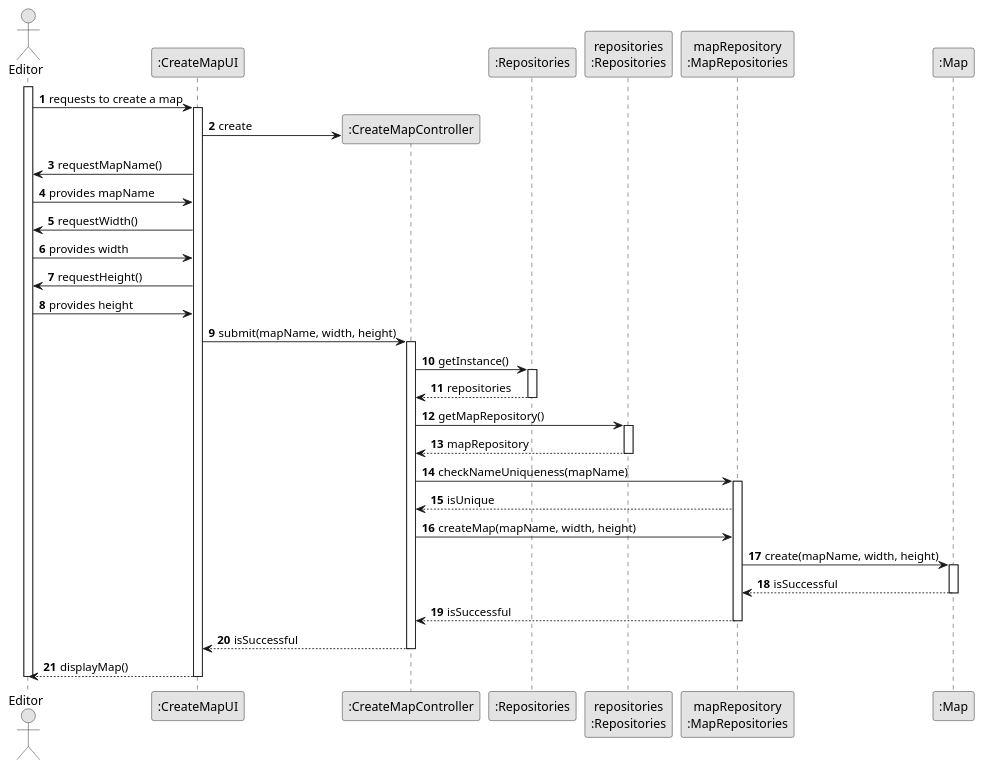
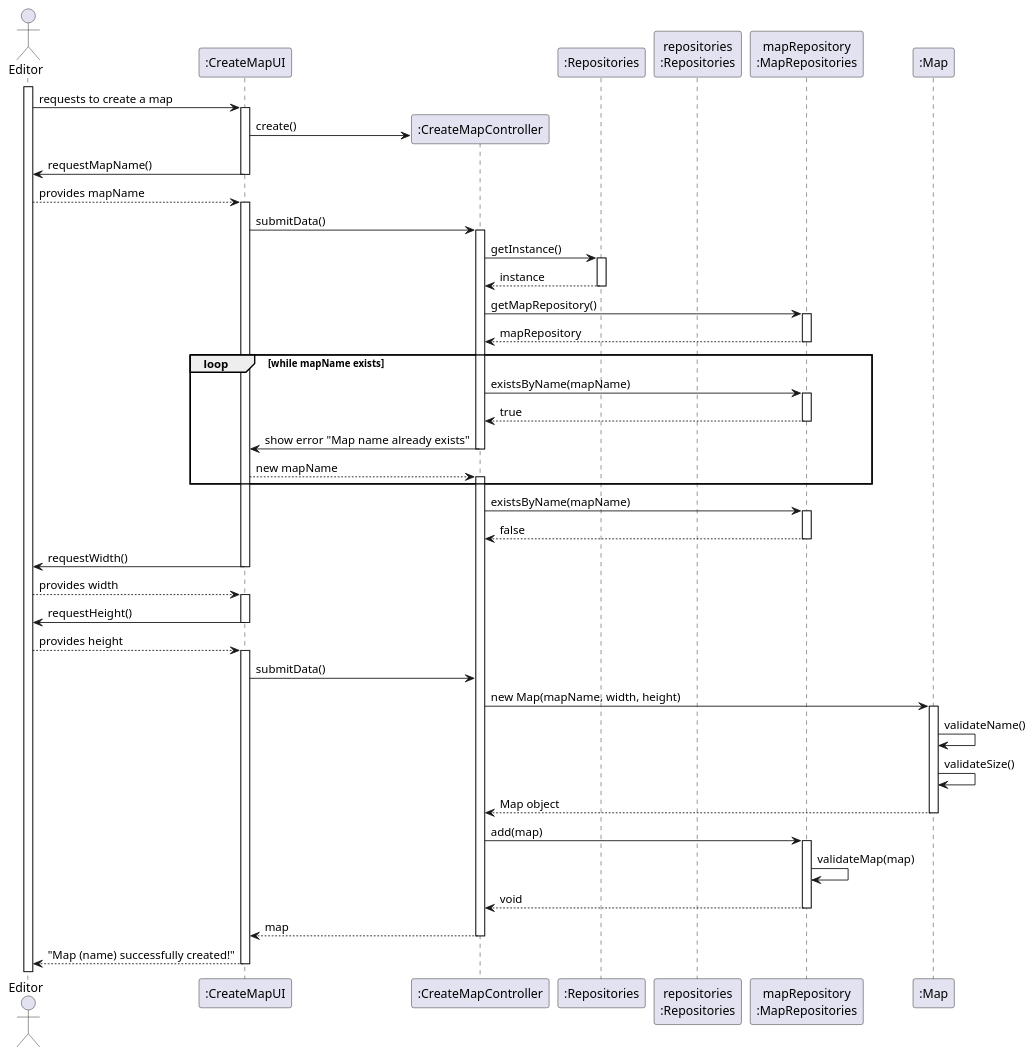
The diagram in docs/sprint2/us001/03.design/puml/us001-sequence-diagram.puml (ivasduarte/all-aboard), drawn with PlantUML before and after one commit. The commit also changed 1 other file, not shown here.

```diff
--- a/docs/sprint2/us001/03.design/puml/us001-sequence-diagram.puml
+++ b/docs/sprint2/us001/03.design/puml/us001-sequence-diagram.puml
@@ -1,61 +1,93 @@
 @startuml
-skinparam monochrome true
-skinparam packageStyle rectangle
-skinparam shadowing false
+actor Editor
 
-autonumber
+participant ":CreateMapUI" as UI
 
-actor "Editor" as Editor
-participant ":CreateMapUI" as UI
-participant ":CreateMapController" as ctrl
+activate Editor
+Editor -> UI : requests to create a map
+
+create ":CreateMapController" as ctrl
+
+activate UI
+UI -> ctrl : create()
+
 participant ":Repositories" as reps
 participant "repositories\n:Repositories" as repositories
 participant "mapRepository\n:MapRepositories" as repo
 participant ":Map" as Map
 
-activate Editor
+UI -> Editor : requestMapName()
+deactivate UI
 
-Editor -> UI : requests to create a map
+Editor --> UI : provides mapName
 activate UI
-UI -> ctrl** : create
-UI -> Editor : requestMapName()
-Editor -> UI : provides mapName
-UI -> Editor : requestWidth()
-Editor -> UI : provides width
-UI -> Editor : requestHeight()
-Editor -> UI : provides height
-UI -> ctrl : submit(mapName, width, height)
+
+UI -> ctrl : submitData()
 activate ctrl
 
 ctrl -> reps : getInstance()
 activate reps
-reps --> ctrl : repositories
+
+reps --> ctrl : instance
 deactivate reps
 
-ctrl -> repositories : getMapRepository()
-activate repositories
-repositories --> ctrl : mapRepository
-deactivate repositories
+ctrl -> repo : getMapRepository()
+activate repo
 
-ctrl -> repo : checkNameUniqueness(mapName)
+repo --> ctrl : mapRepository
+deactivate repo
+
+loop while mapName exists
+  ctrl -> repo : existsByName(mapName)
+  activate repo
+
+  repo --> ctrl : true
+  deactivate repo
+
+  ctrl -> UI : show error "Map name already exists"
+  deactivate ctrl
+
+  UI --> ctrl : new mapName
+  activate ctrl
+end
+
+ctrl -> repo : existsByName(mapName)
 activate repo
-repo --> ctrl : isUnique
-ctrl -> repo : createMap(mapName, width, height)
 
-repo -> Map : create(mapName, width, height)
+repo --> ctrl : false
+deactivate repo
+
+UI -> Editor : requestWidth()
+deactivate UI
+
+Editor --> UI : provides width
+activate UI
+
+UI -> Editor : requestHeight()
+deactivate UI
+
+Editor --> UI : provides height
+activate UI
+
+UI -> ctrl : submitData()
+ctrl -> Map : new Map(mapName, width, height)
 activate Map
-Map --> repo : isSuccessful
+
+Map -> Map : validateName()
+Map -> Map : validateSize()
+Map --> ctrl : Map object
 deactivate Map
 
-repo --> ctrl : isSuccessful
+ctrl -> repo : add(map)
+activate repo
+
+repo -> repo : validateMap(map)
+repo --> ctrl : void
 deactivate repo
 
-ctrl --> UI : isSuccessful
+ctrl --> UI : map
 deactivate ctrl
 
-UI --> Editor : displayMap()
+UI --> Editor : "Map (name) successfully created!"
 deactivate UI
-deactivate Editor
-
-
 @enduml
```
